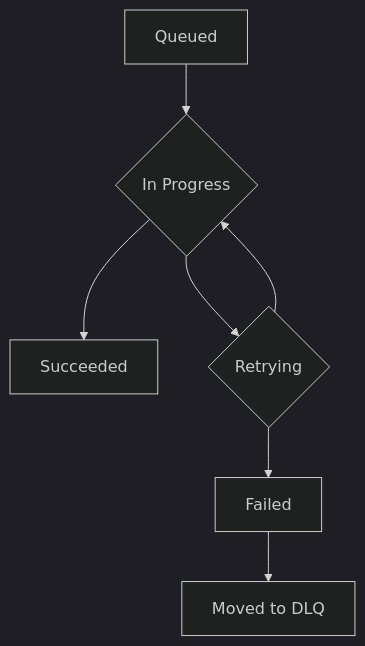
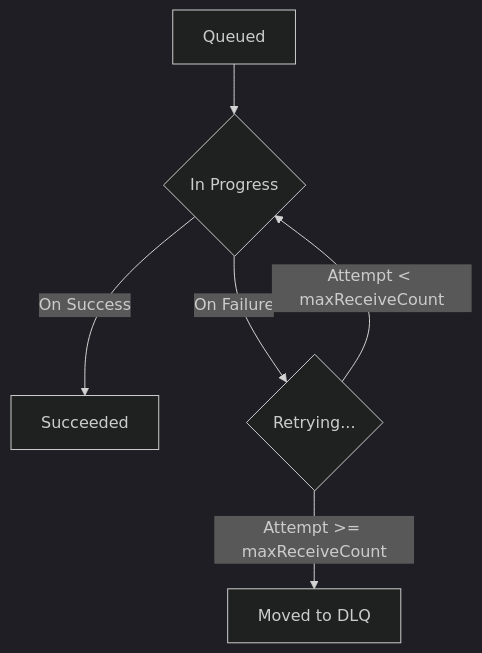
One commit to dino10bit/healthsync changed the third of 3 diagrams in 05-data-sync.md. Above: the diagram before and after it, drawn with Mermaid (dark theme). The commit also changed other lines of this file and 2 other files, not shown here.

Commit message:
Feat: Address further PRD inconsistencies from f-17.md
This commit continues the work of resolving issues raised in the `f-17.md` technical review. It addresses a second batch of logical flaws, ambiguities, and gaps in the product documentation.

Key changes include:
- Consolidating the `DataProvider` and `ProviderTokens` data models to have a single source of truth.
- Adding the missing API contract definition for triggering historical syncs.
- Clarifying the "hot user" migration logic to resolve a logical flaw in how the `isHot` flag is read.
- Correcting the SQS DLQ state machine diagram in `05-data-sync.md`.
- Defining the handling of partial failures in the sync algorithm and the mechanism for rate-limiter prioritization.
- Adding missing API contracts for user settings, data export, and account deletion.

````diff
--- a/05-data-sync.md
+++ b/05-data-sync.md
@@ -215,9 +218,8 @@
 ```mermaid
 graph TD
     A[Queued] --> B{In Progress};
-    B --> C[Succeeded];
-    B --> D{Retrying};
-    D --> B;
-    D --> E[Failed];
-    E --> F[Moved to DLQ];
+    B -- On Success --> C[Succeeded];
+    B -- On Failure --> D{Retrying...};
+    D -- "Attempt < maxReceiveCount" --> B;
+    D -- "Attempt >= maxReceiveCount" --> E[Moved to DLQ];
 ```
````
